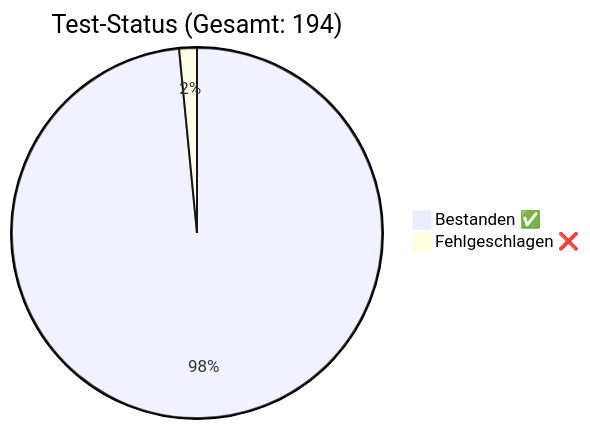
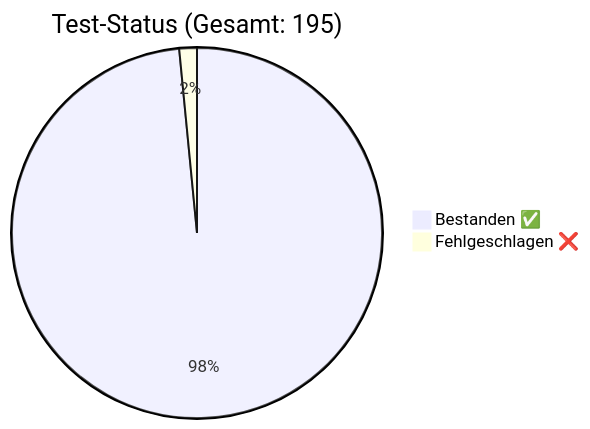
Before and after one commit to rorila/GCS: the diagram in docs/QA_Report.md, drawn with Mermaid. The commit also changed other lines of this file and 26 other files, not shown here.

````diff
--- a/docs/QA_Report.md
+++ b/docs/QA_Report.md
@@ -7,5 +7,5 @@
 ```mermaid
-pie title Test-Status (Gesamt: 194)
-    "Bestanden ✅" : 191
+pie title Test-Status (Gesamt: 195)
+    "Bestanden ✅" : 192
     "Fehlgeschlagen ❌" : 3
 ```
````
